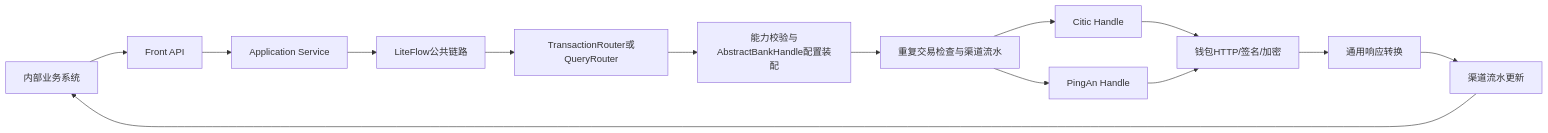
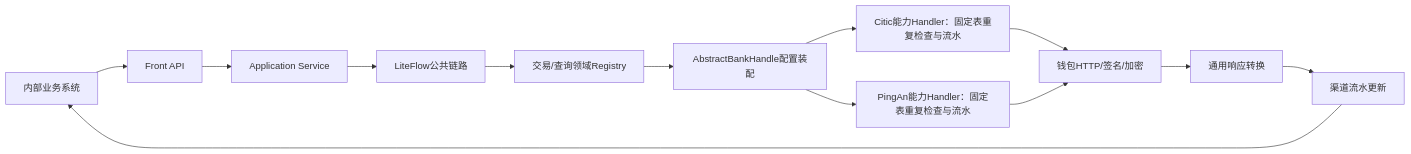
Before and after one commit to ssssgoldhunter/saas2.0-memory-hub: the diagram in docs/saas2.0 重构/04-front-service完整重构实施方案.md, drawn with Mermaid. The commit also changed other lines of this file and 43 other files, not shown here.

````diff
--- a/docs/saas2.0 重构/04-front-service完整重构实施方案.md
+++ b/docs/saas2.0 重构/04-front-service完整重构实施方案.md
@@ -190,16 +196,15 @@
 ```mermaid
 flowchart LR
     A["内部业务系统"] --> B["Front API"]
     B --> C["Application Service"]
     C --> D["LiteFlow公共链路"]
-    D --> G["TransactionRouter或QueryRouter"]
-    G --> E["能力校验与AbstractBankHandle配置装配"]
-    E --> F["重复交易检查与渠道流水"]
-    F --> H["Citic Handle"]
-    F --> I["PingAn Handle"]
+    D --> G["交易/查询领域Registry"]
+    G --> E["AbstractBankHandle配置装配"]
+    E --> H["Citic能力Handler：固定表重复检查与流水"]
+    E --> I["PingAn能力Handler：固定表重复检查与流水"]
     H --> J["钱包HTTP/签名/加密"]
     I --> J
     J --> K["通用响应转换"]
     K --> L["渠道流水更新"]
     L --> A
 ```
````
